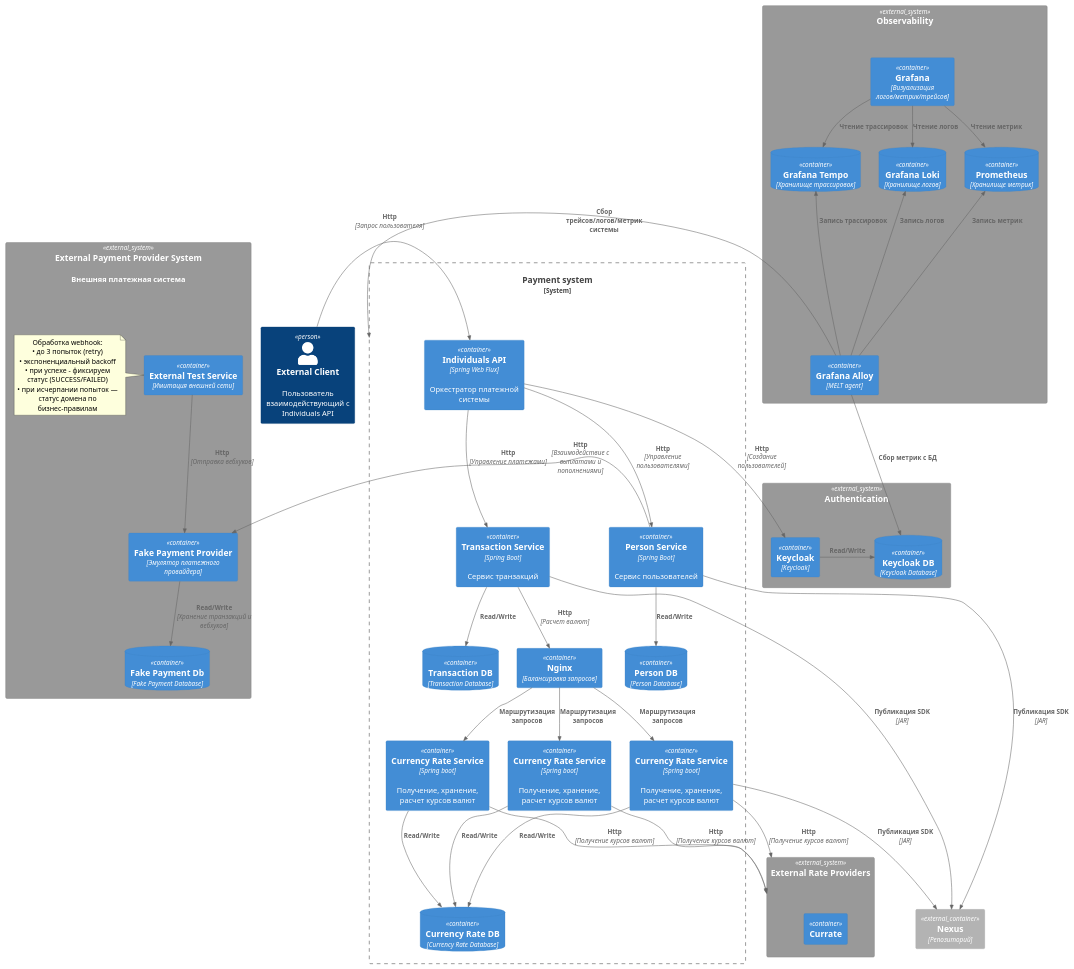
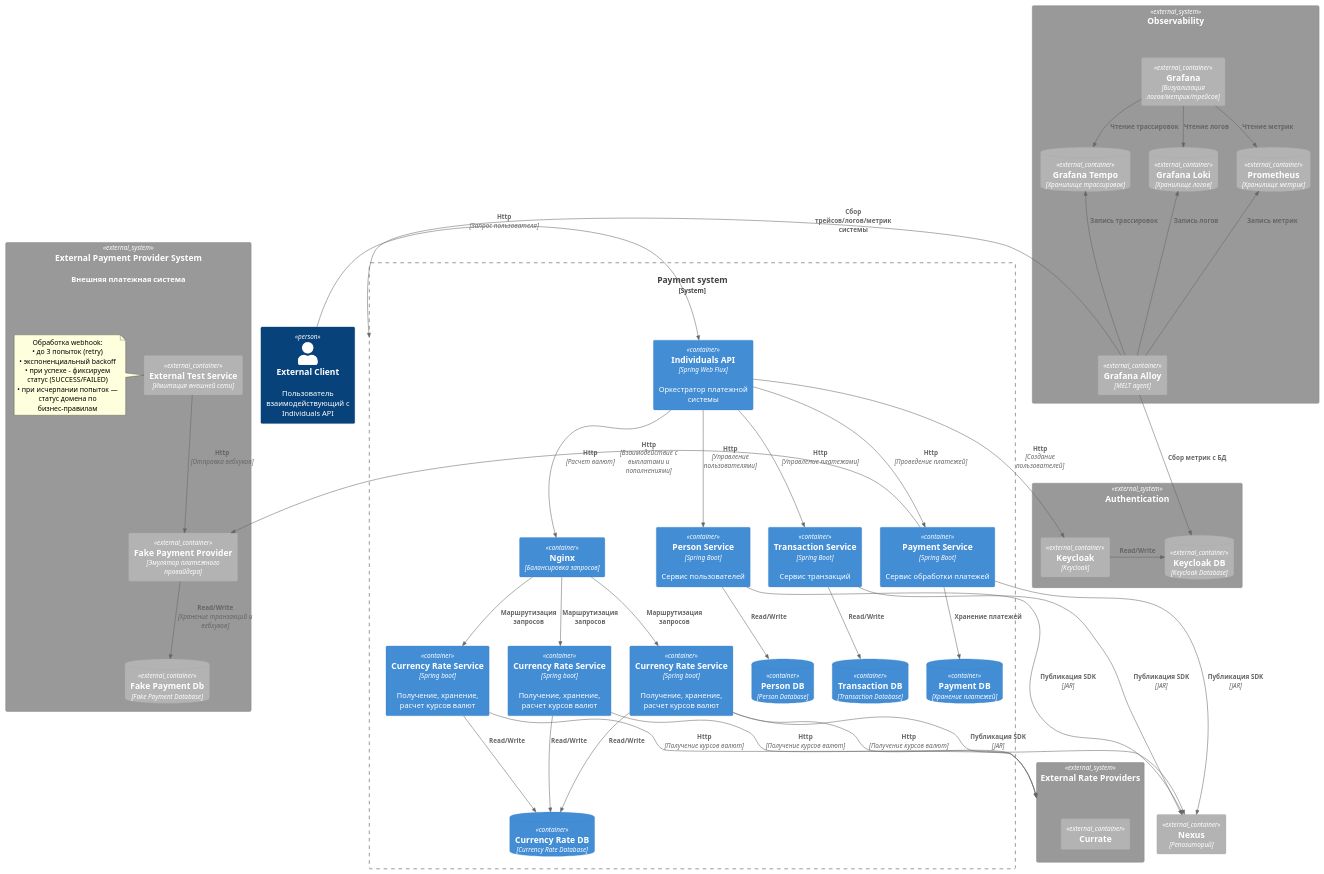
The diagram in diagram/container.puml (diamam90/payment-system), drawn with PlantUML before and after one commit. The commit also changed 1 other file, not shown here.

Commit message:
правка контейнерной диаграммы

```diff
--- a/diagram/container.puml
+++ b/diagram/container.puml
@@ -1,95 +1,102 @@
 @startuml
 !includeurl https://raw.githubusercontent.com/plantuml-stdlib/C4-PlantUML/master/C4_Container.puml
 
 Person(client, "External Client","Пользователь взаимодействующий с Individuals API")
 
 System_Boundary(payment, "Payment system") {
 
     Container(indApi, "Individuals API", "Spring Web Flux","Оркестратор платежной системы")
 
     Container(ps, "Person Service", "Spring Boot", "Сервис пользователей")
     ContainerDb(psDb, "Person DB", "Person Database")
 
     Container(ts, "Transaction Service", "Spring Boot", "Сервис транзакций")
     ContainerDb(tsDb, "Transaction DB", "Transaction Database")
+
     Container(ngnx, "Nginx", "Балансировка запросов")
     Container(crs1, "Currency Rate Service", "Spring boot", "Получение, хранение, расчет курсов валют")
     Container(crs2, "Currency Rate Service", "Spring boot", "Получение, хранение, расчет курсов валют")
     Container(crs3, "Currency Rate Service", "Spring boot", "Получение, хранение, расчет курсов валют")
+    ContainerDb(crsDb, "Currency Rate DB", "Currency Rate Database")
 
-    ContainerDb(crsDb, "Currency Rate DB", "Currency Rate Database")
+    Container(paymentService, "Payment Service", "Spring Boot", "Сервис обработки платежей")
+    ContainerDb(paymentDb, "Payment DB","Хранение платежей")
 }
 
-System_Ext(auth, "Authentication"){
-    Container(kc, "Keycloak", "Keycloak")
-    ContainerDb(kcDb, "Keycloak DB", "Keycloak Database")
+System_Ext(auth, "Authentication") {
+    Container_Ext(kc, "Keycloak", "Keycloak")
+    ContainerDb_Ext(kcDb, "Keycloak DB", "Keycloak Database")
 }
 
 System_Ext(obs, "Observability") {
-    Container(alloy, "Grafana Alloy", "MELT agent")
-    Container(grafana,  "Grafana", "Визуализация логов/метрик/трейсов")
-    ContainerDb(prometheus, "Prometheus", "Хранилище метрик")
-    ContainerDb(loki, "Grafana Loki", "Хранилище логов")
-    ContainerDb(tempo, "Grafana Tempo","Хранилище трассировок")
+    Container_Ext(alloy, "Grafana Alloy", "MELT agent")
+    Container_Ext(grafana,  "Grafana", "Визуализация логов/метрик/трейсов")
+    ContainerDb_Ext(prometheus, "Prometheus", "Хранилище метрик")
+    ContainerDb_Ext(loki, "Grafana Loki", "Хранилище логов")
+    ContainerDb_Ext(tempo, "Grafana Tempo","Хранилище трассировок")
 }
 
 System_Ext(rateProvider, "External Rate Providers") {
-    Container(currate, "Currate")
+    Container_Ext(currate, "Currate")
 }
 
 System_Ext(extProviderSystem, "External Payment Provider System", "Внешняя платежная система") {
-    Container(fakePP, "Fake Payment Provider", "Эмулятор платежного провайдера")
-    Container(extNet, "External Test Service","Имитация внешней сети")
-    ContainerDb(fakePPDb, "Fake Payment Db", "Fake Payment Database")
+    Container_Ext(fakePP, "Fake Payment Provider", "Эмулятор платежного провайдера")
+    Container_Ext(extNet, "External Test Service","Имитация внешней сети")
+    ContainerDb_Ext(fakePPDb, "Fake Payment Db", "Fake Payment Database")
 
     note left of extNet
       Обработка webhook:
       • до 3 попыток (retry)
       • экспоненциальный backoff
       • при успехе - фиксируем статус (SUCCESS/FAILED)
       • при исчерпании попыток — статус домена по бизнес-правилам
     end note
 }
 
 Container_Ext(nexus,"Nexus","Репозиторий")
 
 Rel_R(client, indApi,"Http","Запрос пользователя")
 
 Rel_D(indApi, ps,"Http", "Управление пользователями")
 Rel_D(ps,psDb, "Read/Write")
-Rel_D(ts,ngnx, "Http","Расчет валют")
+Rel_D(indApi,ngnx, "Http","Расчет валют")
 Rel_D(ngnx, crs1, "Маршрутизация запросов")
 Rel_D(ngnx, crs2, "Маршрутизация запросов")
 Rel_D(ngnx, crs3, "Маршрутизация запросов")
 Rel_D(crs1, crsDb, "Read/Write")
 Rel_D(crs2, crsDb, "Read/Write")
 Rel_D(crs3, crsDb, "Read/Write")
-Rel(crs1, rateProvider, "Http","Получение курсов валют")
-Rel(crs2, rateProvider, "Http","Получение курсов валют")
-Rel(crs3, rateProvider, "Http","Получение курсов валют")
+Rel_D(crs1, rateProvider, "Http","Получение курсов валют")
+Rel_D(crs2, rateProvider, "Http","Получение курсов валют")
+Rel_D(crs3, rateProvider, "Http","Получение курсов валют")
 
 Rel_D(indApi,ts,"Http","Управление платежами")
 Rel_D(ts,tsDb, "Read/Write")
 
-Rel(indApi, kc, "Http","Создание пользователей")
+Rel_U(indApi, kc, "Http","Создание пользователей")
 Rel_R(kc,kcDb,"Read/Write")
 
 Rel_D(extNet, fakePP, "Http", "Отправка вебхуков")
 Rel_D(fakePP, fakePPDb, "Read/Write","Хранение транзакций и вебхуков")
-Rel_L(ps, fakePP, "Http", "Взаимодействие с выплатами и пополнениями")
+
+Rel(indApi,paymentService,"Http","Проведение платежей")
+Rel_L(paymentService, fakePP, "Http", "Взаимодействие с выплатами и пополнениями")
+Rel_D(paymentService, paymentDb, "Хранение платежей")
 
 Rel_D(grafana, prometheus,"Чтение метрик")
 Rel_D(grafana, loki,"Чтение логов")
 Rel_D(grafana, tempo,"Чтение трассировок")
 
 Rel_U(alloy, prometheus, "Запись метрик")
 Rel_U(alloy, loki, "Запись логов")
 Rel_U(alloy, tempo, "Запись трассировок")
 
 Rel_L(alloy, payment,"Сбор трейсов/логов/метрик системы")
 Rel(alloy, kcDb, "Сбор метрик с БД")
 
 Rel(ps, nexus, "Публикация SDK","JAR")
 Rel(ts, nexus, "Публикация SDK","JAR")
 Rel(crs3, nexus, "Публикация SDK","JAR")
+Rel(paymentService, nexus, "Публикация SDK", "JAR")
 @enduml
```
